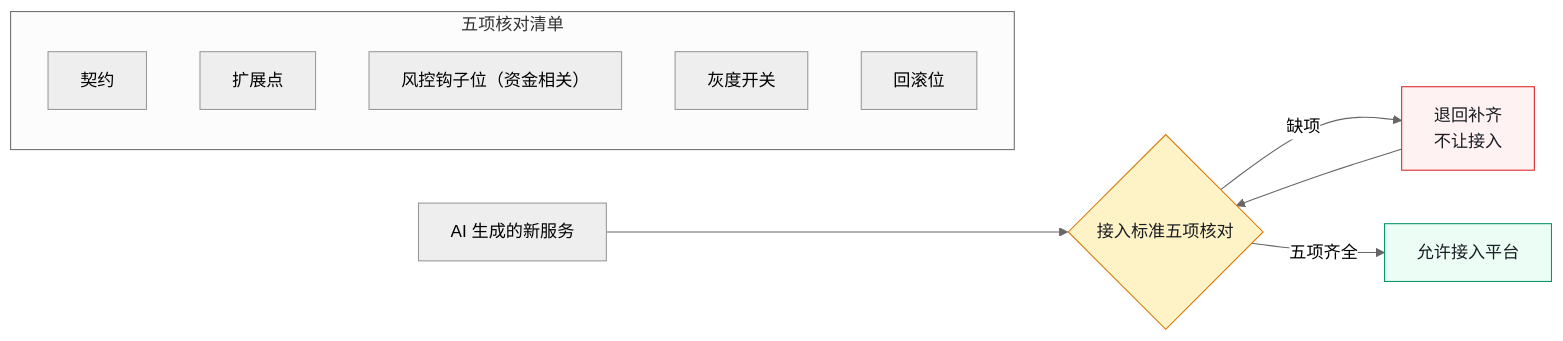
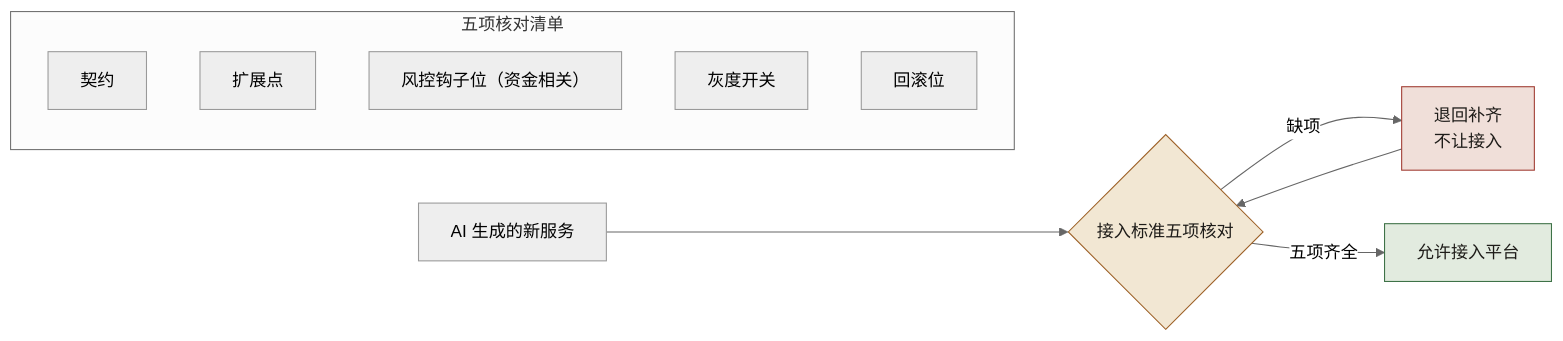
One commit to funny8kids/AI_Native_Software_Engineering changed the third of 3 diagrams in docs/manuscript/ch16-第11章-留缝.md. Above: the diagram before and after it, drawn with Mermaid (neutral theme). The commit also changed other lines of this file and 81 other files, not shown here.

````diff
--- a/docs/manuscript/ch16-第11章-留缝.md
+++ b/docs/manuscript/ch16-第11章-留缝.md
@@ -141,17 +141,17 @@
 ```mermaid
 flowchart LR
   GEN[AI 生成的新服务] --> GATE{接入标准五项核对}
   GATE -->|缺项| HOLD[退回补齐<br/>不让接入]
   HOLD --> GATE
   GATE -->|五项齐全| PASS[允许接入平台]
   subgraph FIVE[五项核对清单]
     C[契约]
     E[扩展点]
     K["风控钩子位（资金相关）"]
     G[灰度开关]
     R[回滚位]
   end
-  style HOLD fill:#fef2f2,stroke:#dc2626,color:#1a1d23
-  style PASS fill:#ecfdf5,stroke:#059669,color:#1a1d23
-  style GATE fill:#fef3c7,stroke:#d97706,color:#1a1d23
+  style HOLD fill:#f0dfd9,stroke:#a03b31,color:#1e1c19
+  style PASS fill:#e2ebdf,stroke:#3e7247,color:#1e1c19
+  style GATE fill:#f2e7d3,stroke:#9d6127,color:#1e1c19
 ```
````
